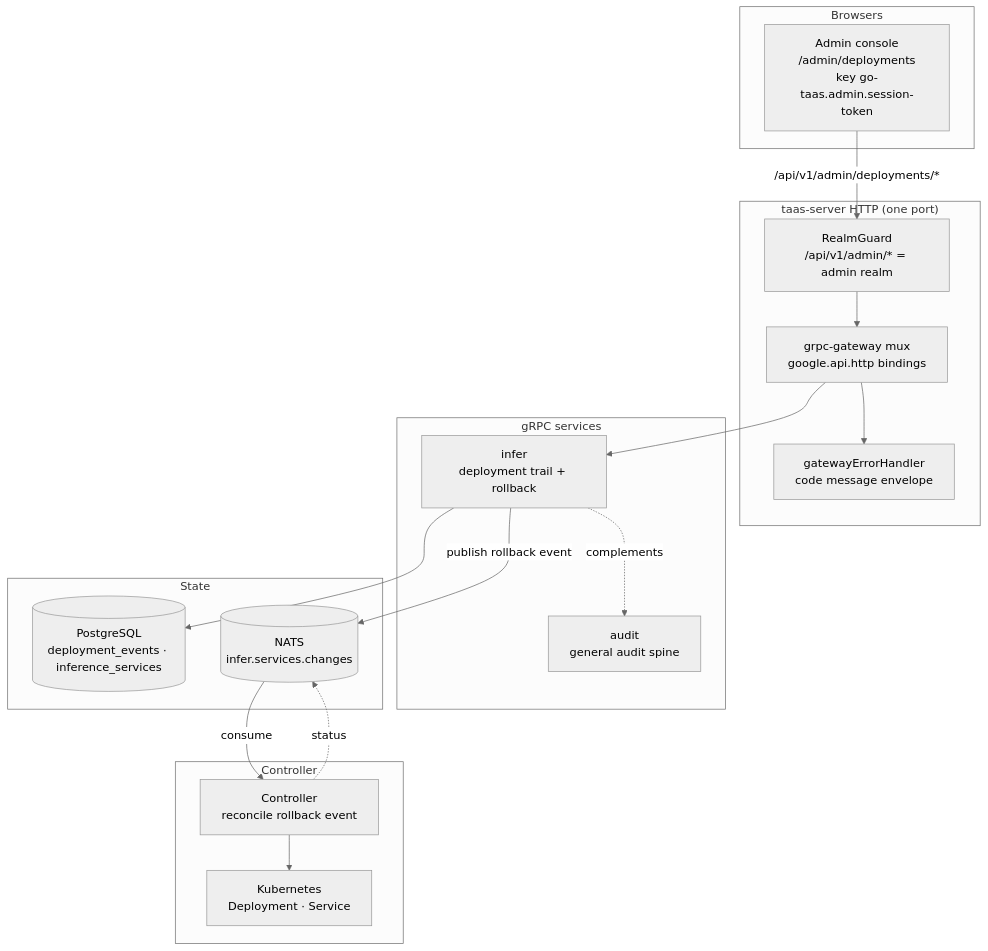
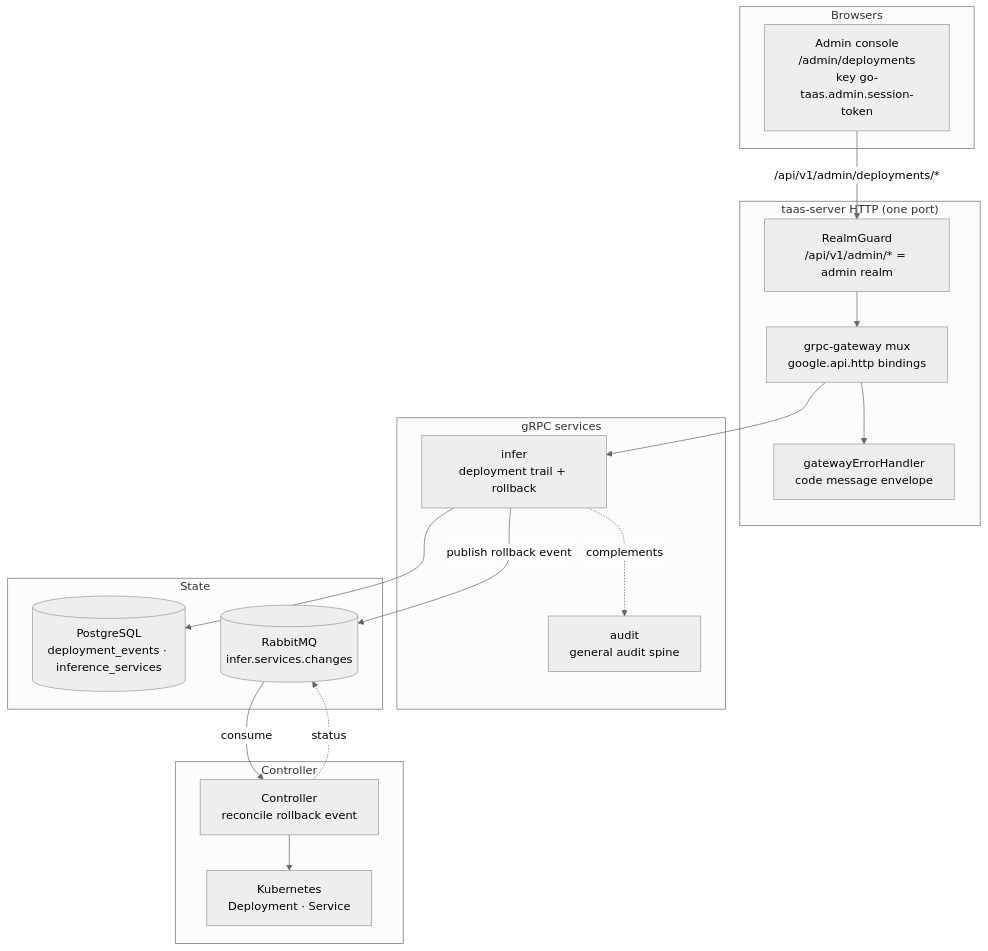
The first of 2 diagrams in site/docs/architecture/deployment-history-audit.md (go-taas/go-taas), drawn with Mermaid (neutral theme) before and after one commit. The commit also changed 35 other files, not shown here.

First line of the commit message:
docs: replace NATS with RabbitMQ across docs

````diff
--- a/site/docs/architecture/deployment-history-audit.md
+++ b/site/docs/architecture/deployment-history-audit.md
@@ -65,38 +65,38 @@
 ```mermaid
 flowchart TD
     subgraph browsers["Browsers"]
         AC["Admin console<br/>/admin/deployments<br/>key go-taas.admin.session-token"]
     end
 
     subgraph gateway["taas-server HTTP (one port)"]
         GUARD["RealmGuard<br/>/api/v1/admin/* = admin realm"]
         MUX["grpc-gateway mux<br/>google.api.http bindings"]
         ERR["gatewayErrorHandler<br/>code message envelope"]
     end
 
     subgraph services["gRPC services"]
         INF["infer<br/>deployment trail + rollback"]
         AUD["audit<br/>general audit spine"]
     end
 
     subgraph ctrl["Controller"]
         CTRL["Controller<br/>reconcile rollback event"]
         K8S["Kubernetes<br/>Deployment · Service"]
     end
 
     subgraph stores["State"]
         PG[("PostgreSQL<br/>deployment_events · inference_services")]
-        MQ[("NATS<br/>infer.services.changes")]
+        MQ[("RabbitMQ<br/>infer.services.changes")]
     end
 
     AC -->|"/api/v1/admin/deployments/*"| GUARD
     GUARD --> MUX
     MUX --> ERR
     MUX --> INF
     INF --> PG
     INF -->|"publish rollback event"| MQ
     MQ -->|"consume"| CTRL
     CTRL --> K8S
     CTRL -.->|"status"| MQ
     INF -.->|"complements"| AUD
 ```
````
